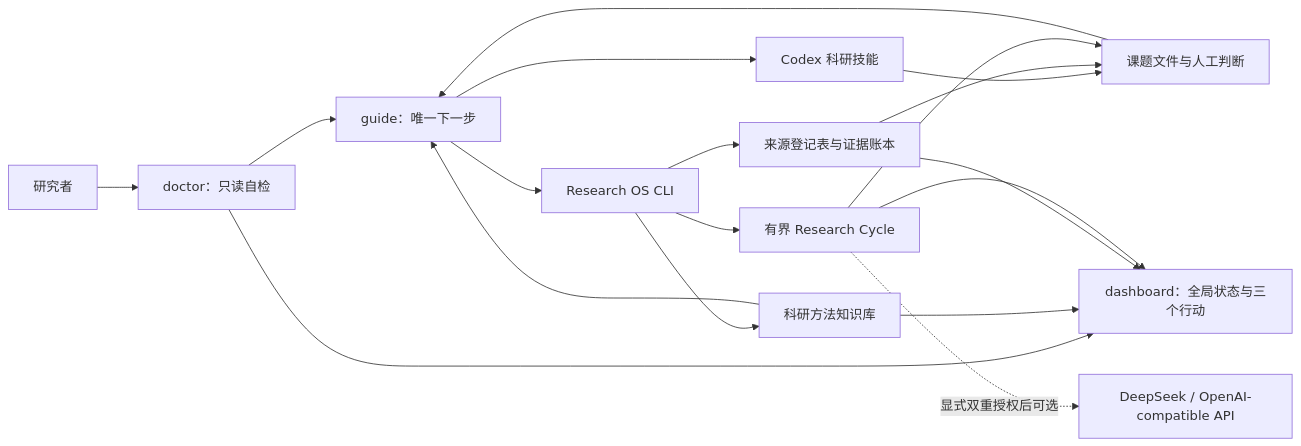
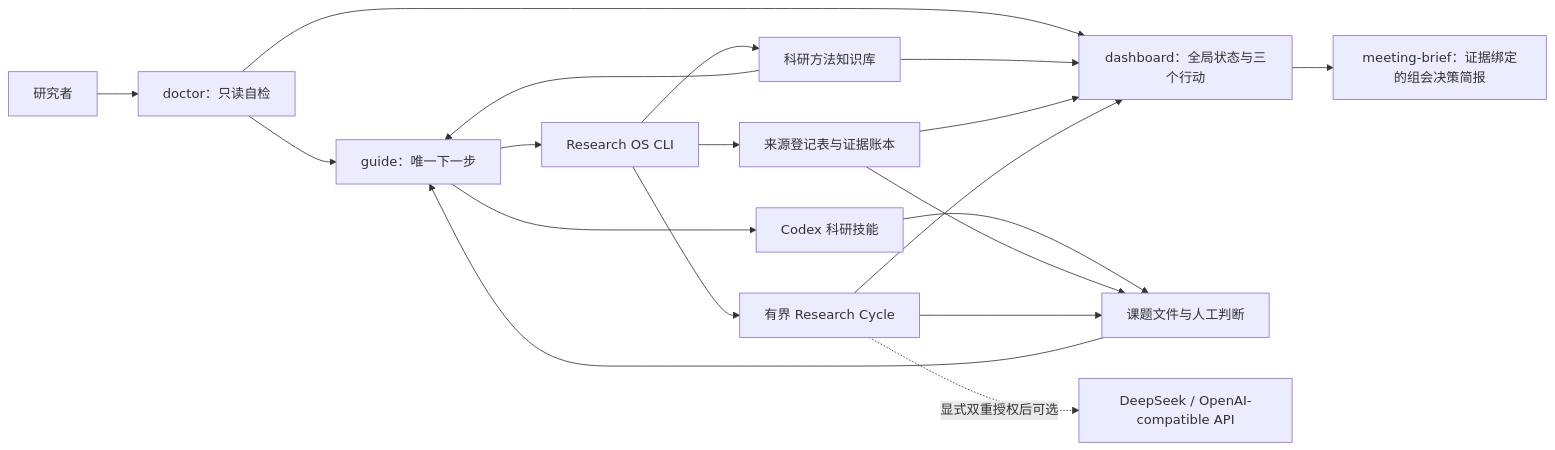
The first of 2 diagrams in docs/DEVELOPER-HANDOFF.md (ZelaiZhang/scholar), drawn with Mermaid before and after one commit. The commit also changed other lines of this file and 5 other files, not shown here.

Commit message:
release: verify evidence meeting brief v0.6.0

````diff
--- a/docs/DEVELOPER-HANDOFF.md
+++ b/docs/DEVELOPER-HANDOFF.md
@@ -50,20 +51,21 @@
 ```mermaid
 flowchart LR
     U["研究者"] --> D["doctor：只读自检"]
     D --> G["guide：唯一下一步"]
     D --> B["dashboard：全局状态与三个行动"]
+    B --> M["meeting-brief：证据绑定的组会决策简报"]
     G --> S["Codex 科研技能"]
     G --> C["Research OS CLI"]
     S --> P["课题文件与人工判断"]
     C --> R["来源登记表与证据账本"]
     C --> K["科研方法知识库"]
     C --> X["有界 Research Cycle"]
     R --> P
     K --> G
     K --> B
     R --> B
     X --> B
     X --> P
     P --> G
     X -. "显式双重授权后可选" .-> API["DeepSeek / OpenAI-compatible API"]
 ```
````
